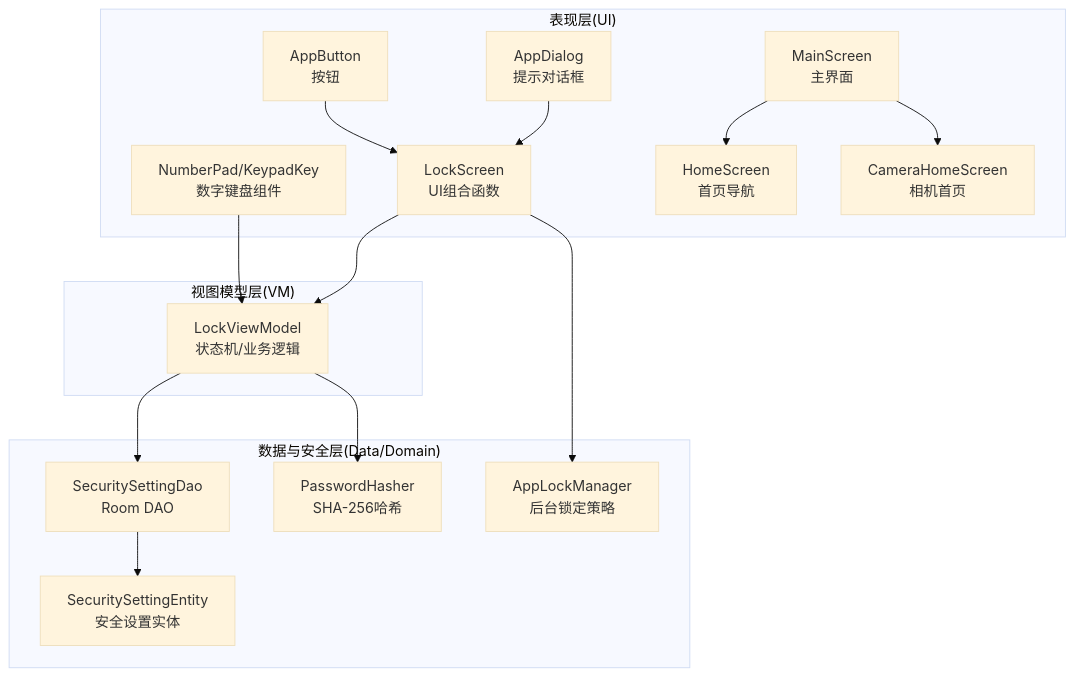
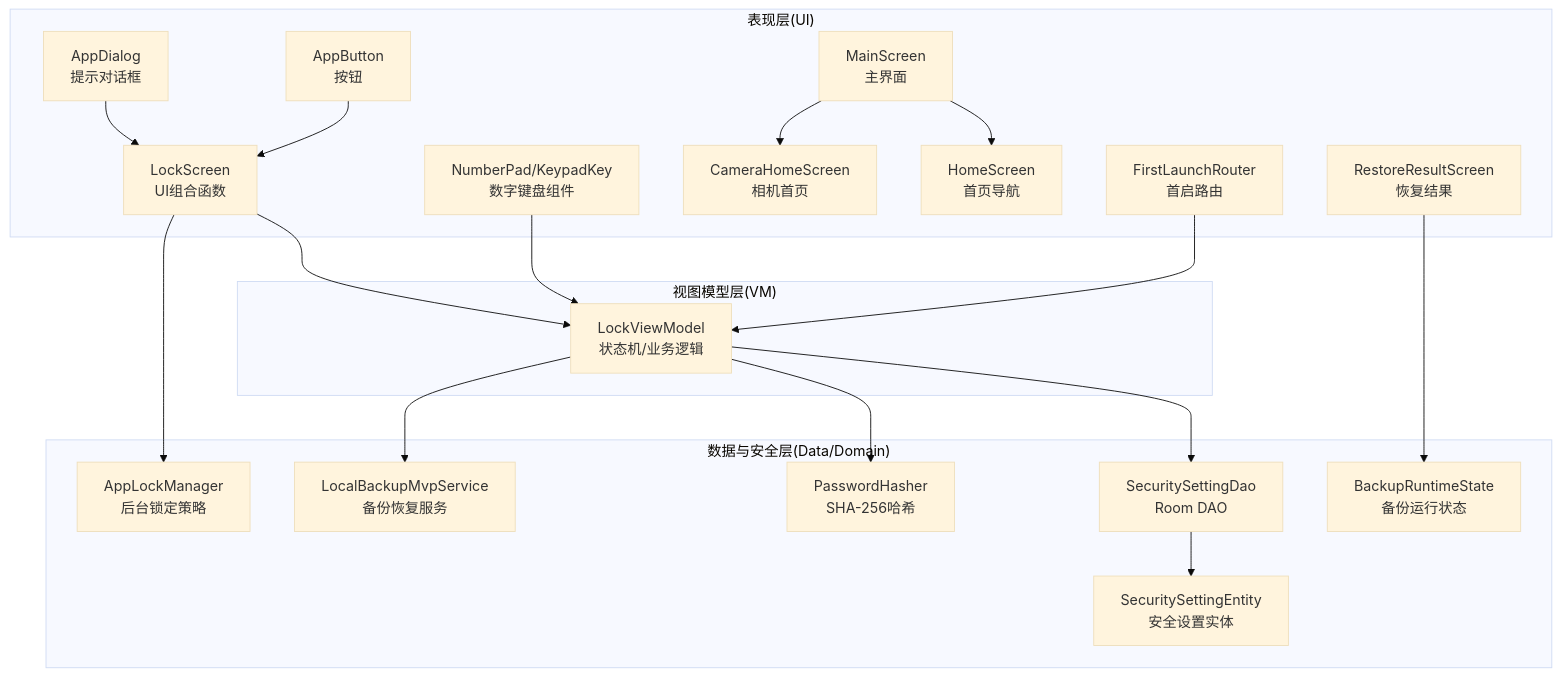
The first of 9 diagrams in .qoder/repowiki/zh/content/核心功能模块/安全解锁系统/安全解锁系统.md (wanhongbo/ai-photo-vault), drawn with Mermaid (base theme) before and after one commit. The commit also changed other lines of this file and 22 other files, not shown here.

````diff
--- a/.qoder/repowiki/zh/content/核心功能模块/安全解锁系统/安全解锁系统.md
+++ b/.qoder/repowiki/zh/content/核心功能模块/安全解锁系统/安全解锁系统.md
@@ -53,31 +58,38 @@
 ```mermaid
 graph TB
 subgraph "表现层(UI)"
 LS["LockScreen<br/>UI组合函数"]
 KP["NumberPad/KeypadKey<br/>数字键盘组件"]
 AD["AppDialog<br/>提示对话框"]
 AB["AppButton<br/>按钮"]
 MS["MainScreen<br/>主界面"]
 HS["HomeScreen<br/>首页导航"]
 CHS["CameraHomeScreen<br/>相机首页"]
+FR["FirstLaunchRouter<br/>首启路由"]
+RR["RestoreResultScreen<br/>恢复结果"]
 end
 subgraph "视图模型层(VM)"
 LVM["LockViewModel<br/>状态机/业务逻辑"]
 end
 subgraph "数据与安全层(Data/Domain)"
 DAO["SecuritySettingDao<br/>Room DAO"]
 ENT["SecuritySettingEntity<br/>安全设置实体"]
 PH["PasswordHasher<br/>SHA-256哈希"]
 ALM["AppLockManager<br/>后台锁定策略"]
+LBMS["LocalBackupMvpService<br/>备份恢复服务"]
+BRS["BackupRuntimeState<br/>备份运行状态"]
 end
 LS --> LVM
 KP --> LVM
 AD --> LS
 AB --> LS
 MS --> HS
 MS --> CHS
 LVM --> DAO
 DAO --> ENT
 LVM --> PH
 LS --> ALM
+FR --> LVM
+RR --> BRS
+LVM --> LBMS
 ```
````
